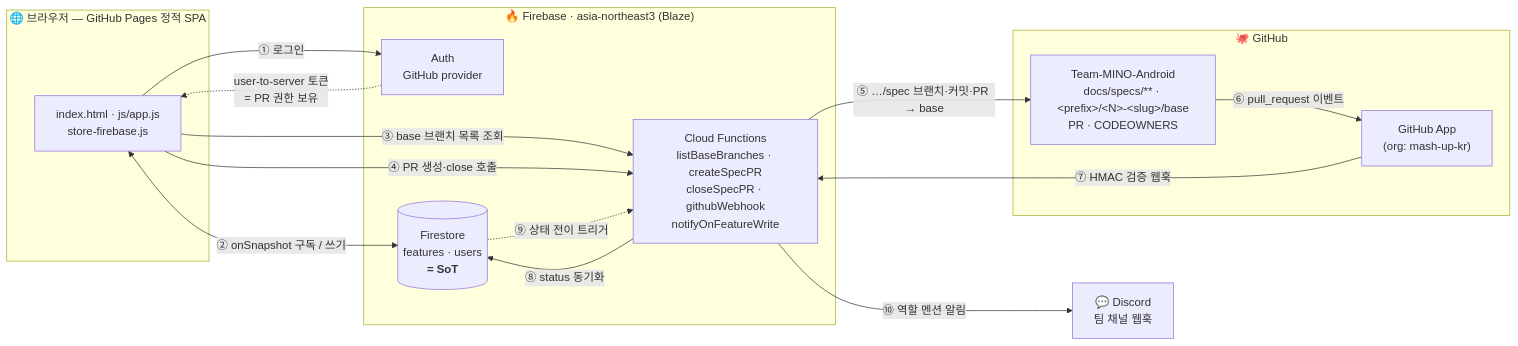
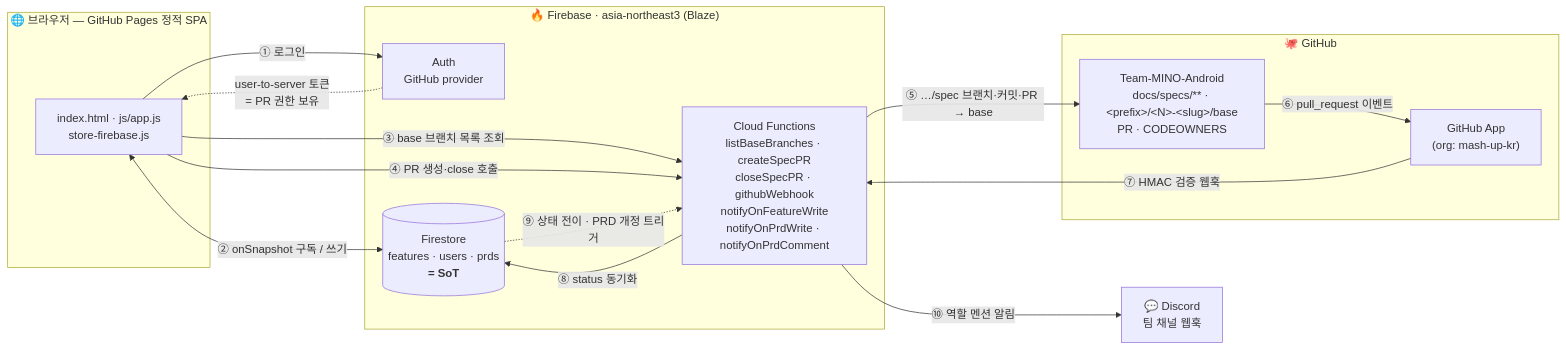
Before and after one commit to mash-up-kr/mino-android-spec-center: the diagram in README.md, drawn with Mermaid. The commit also changed other lines of this file and 12 other files, not shown here.

````diff
--- a/README.md
+++ b/README.md
@@ -69,31 +81,31 @@
 ```mermaid
 flowchart LR
   subgraph Client["🌐 브라우저 — GitHub Pages 정적 SPA"]
     UI["index.html · js/app.js<br/>store-firebase.js"]
   end
 
   subgraph Firebase["🔥 Firebase · asia-northeast3 (Blaze)"]
     Auth["Auth<br/>GitHub provider"]
-    FS[("Firestore<br/>features · users<br/><b>= SoT</b>")]
-    FN["Cloud Functions<br/>listBaseBranches · createSpecPR<br/>closeSpecPR · githubWebhook<br/>notifyOnFeatureWrite"]
+    FS[("Firestore<br/>features · users · prds<br/><b>= SoT</b>")]
+    FN["Cloud Functions<br/>listBaseBranches · createSpecPR<br/>closeSpecPR · githubWebhook<br/>notifyOnFeatureWrite<br/>notifyOnPrdWrite · notifyOnPrdComment"]
   end
 
   subgraph GH["🐙 GitHub"]
     App["GitHub App<br/>(org: mash-up-kr)"]
     Repo["Team-MINO-Android<br/>docs/specs/** · &lt;prefix&gt;/&lt;N&gt;-&lt;slug&gt;/base<br/>PR · CODEOWNERS"]
   end
 
   DC["💬 Discord<br/>팀 채널 웹훅"]
 
   UI -->|① 로그인| Auth
   Auth -.->|user-to-server 토큰<br/>= PR 권한 보유| UI
   UI <-->|② onSnapshot 구독 / 쓰기| FS
   UI -->|③ base 브랜치 목록 조회| FN
   UI -->|④ PR 생성·close 호출| FN
   FN -->|⑤ …/spec 브랜치·커밋·PR → base| Repo
   Repo -->|⑥ pull_request 이벤트| App
   App -->|⑦ HMAC 검증 웹훅| FN
   FN -->|⑧ status 동기화| FS
-  FS -.->|⑨ 상태 전이 트리거| FN
+  FS -.->|⑨ 상태 전이 · PRD 개정 트리거| FN
   FN -->|⑩ 역할 멘션 알림| DC
 ```
````
